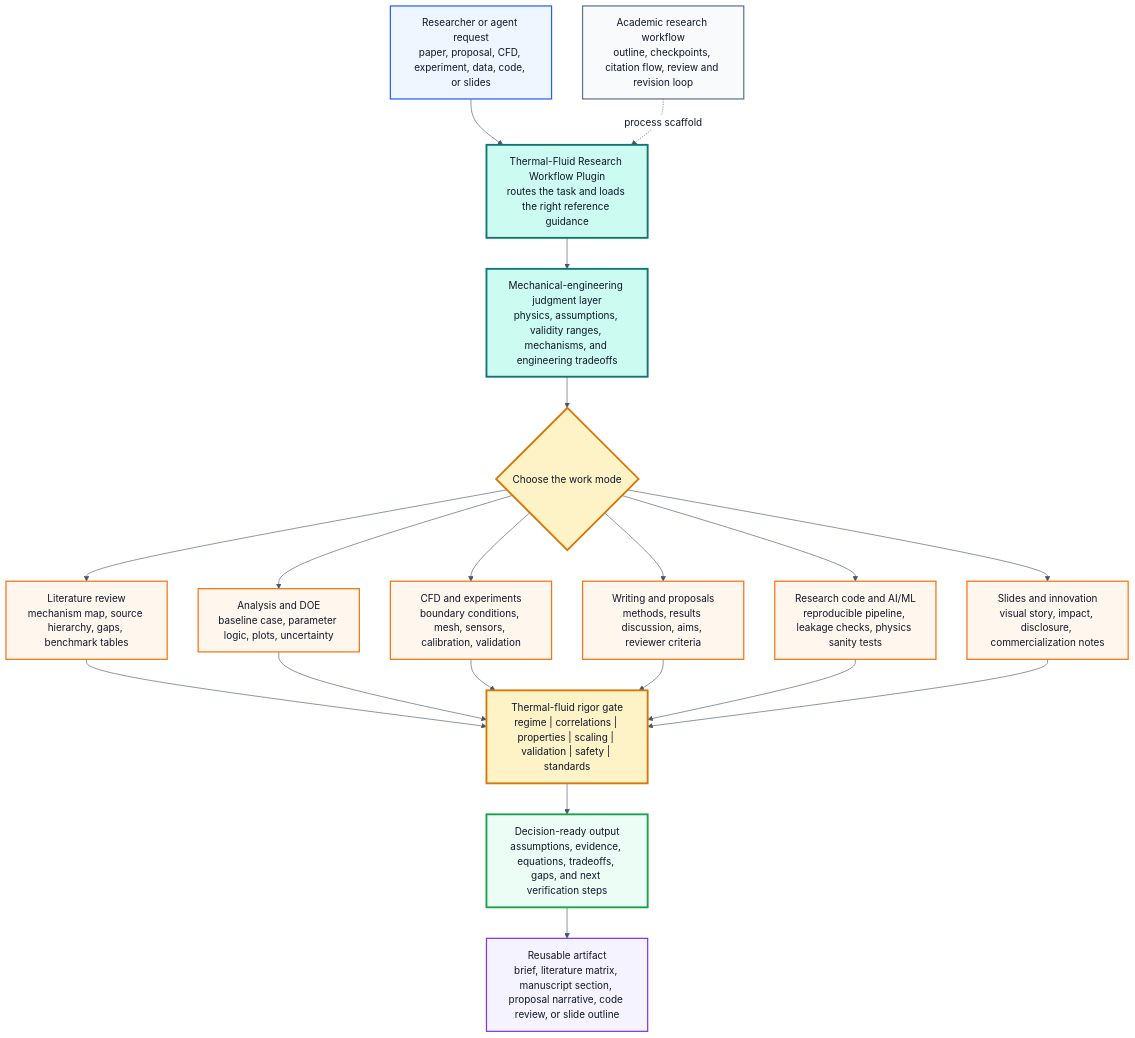
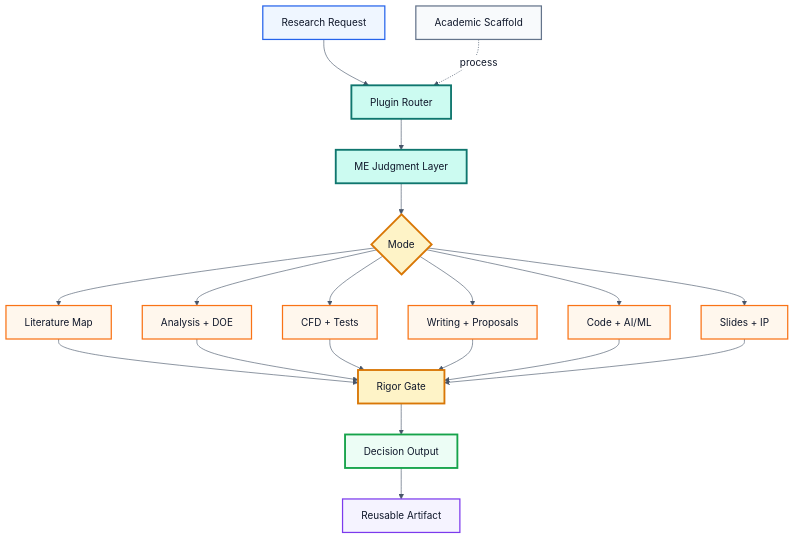
One commit to hanhuark/mechanical-engineering-research-skill changed the diagram in README.md. Above: the diagram before and after it, drawn with Mermaid. The commit also changed 2 other files, not shown here.

Commit message:
Simplify workflow diagram labels

````diff
--- a/README.md
+++ b/README.md
@@ -61,43 +61,43 @@
 ```mermaid
 %%{init: {"theme": "base", "themeVariables": {"fontFamily": "Inter, Segoe UI, Arial, sans-serif", "primaryColor": "#ecfeff", "primaryTextColor": "#0f172a", "primaryBorderColor": "#0f766e", "lineColor": "#475569", "secondaryColor": "#fff7ed", "tertiaryColor": "#f8fafc", "clusterBkg": "#ffffff", "clusterBorder": "#cbd5e1", "edgeLabelBackground": "#ffffff"}}}%%
 flowchart TB
-    A["Researcher or agent request<br/>paper, proposal, CFD, experiment, data, code, or slides"]:::input
-    B["Thermal-Fluid Research Workflow Plugin<br/>routes the task and loads the right reference guidance"]:::core
+    A["Research Request"]:::input
+    B["Plugin Router"]:::core
 
-    C["Academic research workflow<br/>outline, checkpoints, citation flow, review and revision loop"]:::scaffold
-    D["Mechanical-engineering judgment layer<br/>physics, assumptions, validity ranges, mechanisms, and engineering tradeoffs"]:::core
+    C["Academic Scaffold"]:::scaffold
+    D["ME Judgment Layer"]:::core
 
     A --> B
-    C -. "process scaffold" .-> B
+    C -. "process" .-> B
     B --> D
 
-    D --> E{"Choose the work mode"}:::gate
+    D --> E{"Mode"}:::gate
 
-    E --> F1["Literature review<br/>mechanism map, source hierarchy, gaps, benchmark tables"]:::lane
-    E --> F2["Analysis and DOE<br/>baseline case, parameter logic, plots, uncertainty"]:::lane
-    E --> F3["CFD and experiments<br/>boundary conditions, mesh, sensors, calibration, validation"]:::lane
-    E --> F4["Writing and proposals<br/>methods, results discussion, aims, reviewer criteria"]:::lane
-    E --> F5["Research code and AI/ML<br/>reproducible pipeline, leakage checks, physics sanity tests"]:::lane
-    E --> F6["Slides and innovation<br/>visual story, impact, disclosure, commercialization notes"]:::lane
+    E --> F1["Literature Map"]:::lane
+    E --> F2["Analysis + DOE"]:::lane
+    E --> F3["CFD + Tests"]:::lane
+    E --> F4["Writing + Proposals"]:::lane
+    E --> F5["Code + AI/ML"]:::lane
+    E --> F6["Slides + IP"]:::lane
 
     F1 --> G
     F2 --> G
     F3 --> G
     F4 --> G
     F5 --> G
     F6 --> G
 
-    G["Thermal-fluid rigor gate<br/>regime | correlations | properties | scaling | validation | safety | standards"]:::gate
-    H["Decision-ready output<br/>assumptions, evidence, equations, tradeoffs, gaps, and next verification steps"]:::output
-    I["Reusable artifact<br/>brief, literature matrix, manuscript section, proposal narrative, code review, or slide outline"]:::artifact
+    G["Rigor Gate"]:::gate
+    H["Decision Output"]:::output
+    I["Reusable Artifact"]:::artifact
 
     G --> H --> I
 
     classDef input fill:#eff6ff,stroke:#2563eb,stroke-width:2px,color:#0f172a;
     classDef core fill:#ccfbf1,stroke:#0f766e,stroke-width:3px,color:#0f172a;
     classDef scaffold fill:#f8fafc,stroke:#64748b,stroke-width:2px,color:#0f172a;
     classDef lane fill:#fff7ed,stroke:#f97316,stroke-width:2px,color:#0f172a;
     classDef gate fill:#fef3c7,stroke:#d97706,stroke-width:3px,color:#0f172a;
     classDef output fill:#ecfdf5,stroke:#16a34a,stroke-width:3px,color:#0f172a;
     classDef artifact fill:#f5f3ff,stroke:#7c3aed,stroke-width:2px,color:#0f172a;
 ```
````
